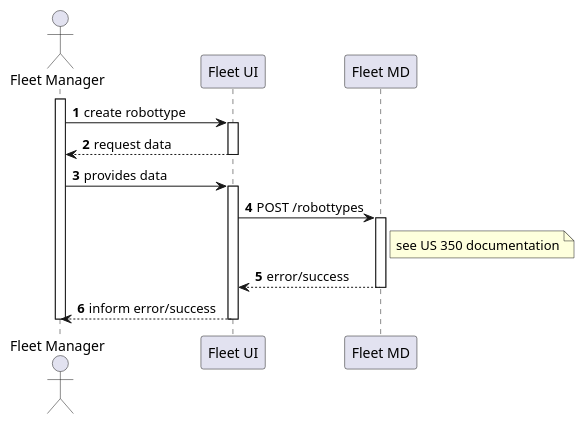
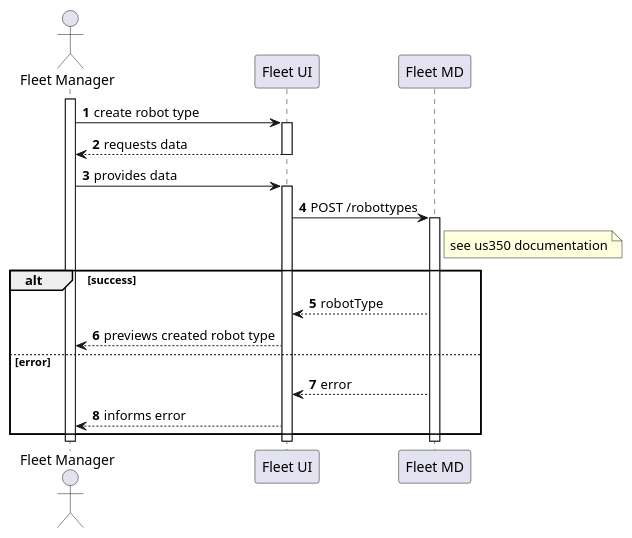
Before and after one commit to Departamento-de-Engenharia-Informatica/lapr5-23-24-g19: the diagram in docs/us1000/level3/process-view.puml, drawn with PlantUML. The commit also changed 1 other file, not shown here.

```diff
--- a/docs/us1000/level3/process-view.puml
+++ b/docs/us1000/level3/process-view.puml
@@ -1,30 +1,35 @@
 @startuml
 autonumber
 
 actor "Fleet Manager" as usr
 
 participant "Fleet UI" as ui
 
 'TODO: call it just 'MD'?
 participant "Fleet MD" as md
 
 activate usr
-    usr -> ui : create robottype
+    usr -> ui : create robot type
     activate ui
-        ui --> usr : request data
+        ui --> usr : requests data
     deactivate ui
 
     usr -> ui : provides data
     activate ui
         ui -> md : POST /robottypes
 
         activate md
-            note right of md : see US 350 documentation
-            md --> ui : error/success
+        note right of md : see us350 documentation
+        alt success
+            md --> ui : robotType
+            ui --> usr : previews created robot type
+        else error
+            md --> ui : error
+            ui --> usr : informs error
+        end
         deactivate md
 
-        ui --> usr : inform error/success
     deactivate ui
 deactivate usr
 
 @enduml
```
